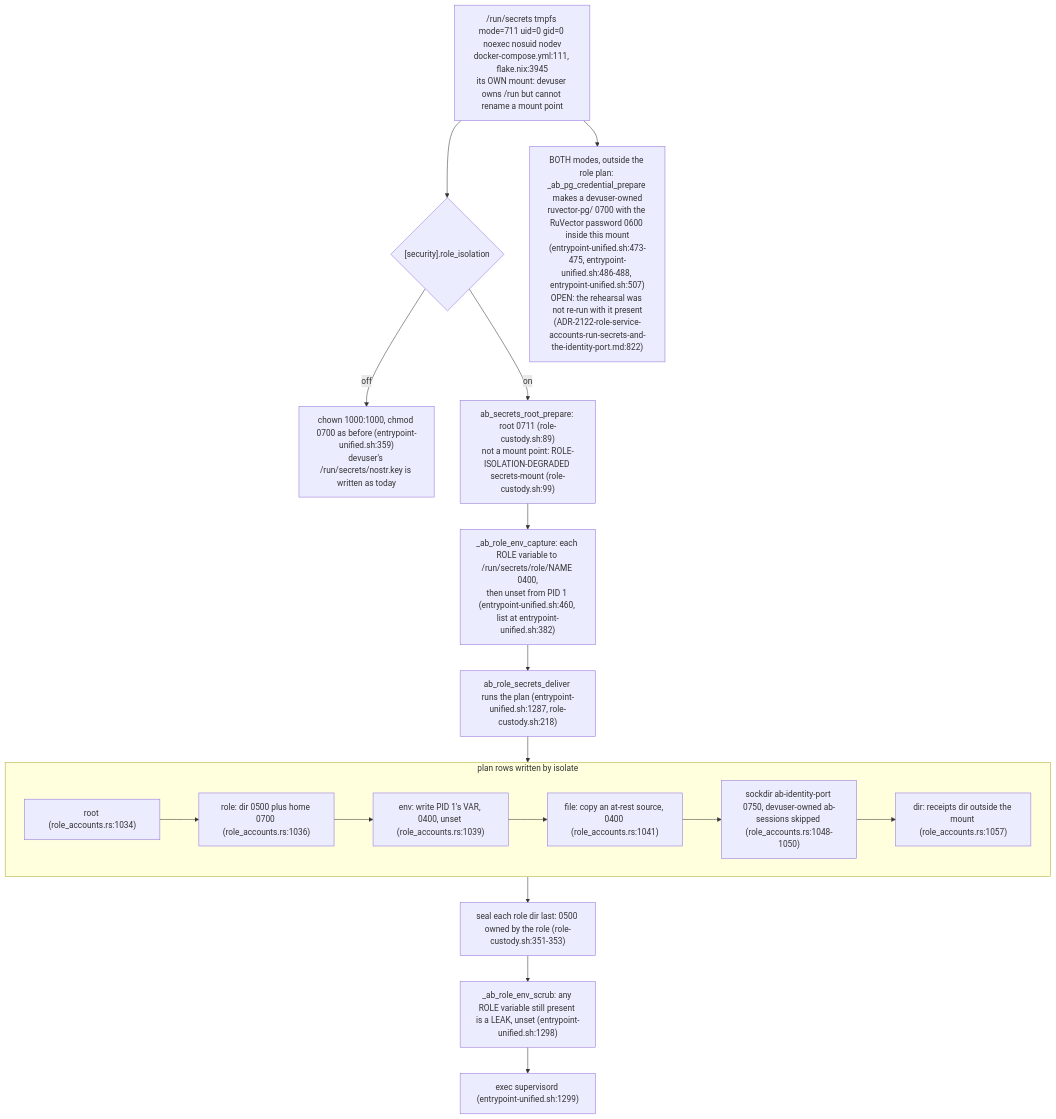
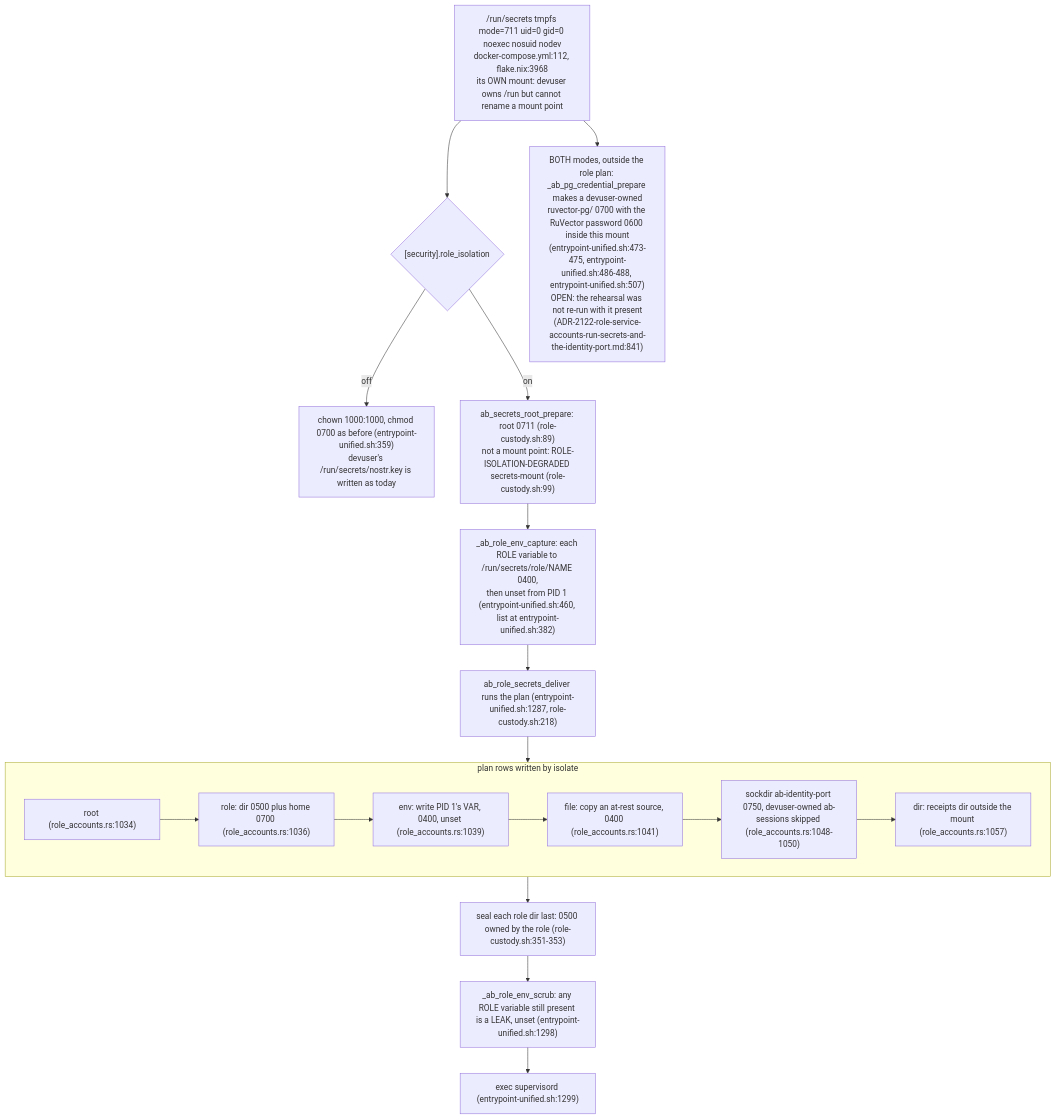
Before and after one commit to DreamLab-AI/VisionFlow: the third of 7 diagrams in docs/diagrams/agentbox/36-role-isolation-and-identity-port.md, drawn with Mermaid. The commit also changed other lines of this file and 8 other files, not shown here.

First line of the commit message:
docs(diagrams): re-verify the NIP-98 proxy topics and the custody counts at agentbox 0693c761c (VF-DIAGRAM-NIP98-DRIFT)

````diff
--- a/docs/diagrams/agentbox/36-role-isolation-and-identity-port.md
+++ b/docs/diagrams/agentbox/36-role-isolation-and-identity-port.md
@@ -126,23 +129,23 @@
 ```mermaid
 flowchart TB
-    MNT["/run/secrets tmpfs mode=711 uid=0 gid=0 noexec nosuid nodev<br/>docker-compose.yml:111, flake.nix:3945<br/>its OWN mount: devuser owns /run but cannot rename a mount point"]
+    MNT["/run/secrets tmpfs mode=711 uid=0 gid=0 noexec nosuid nodev<br/>docker-compose.yml:112, flake.nix:3968<br/>its OWN mount: devuser owns /run but cannot rename a mount point"]
     MNT --> MODE{"[security].role_isolation"}
     MODE -->|"off"| OFF["chown 1000:1000, chmod 0700 as before (entrypoint-unified.sh:359)<br/>devuser's /run/secrets/nostr.key is written as today"]
     MODE -->|"on"| PREP["ab_secrets_root_prepare: root 0711 (role-custody.sh:89)<br/>not a mount point: ROLE-ISOLATION-DEGRADED secrets-mount (role-custody.sh:99)"]
     PREP --> CAP["_ab_role_env_capture: each ROLE variable to /run/secrets/role/NAME 0400,<br/>then unset from PID 1 (entrypoint-unified.sh:460, list at entrypoint-unified.sh:382)"]
     CAP --> DEL["ab_role_secrets_deliver runs the plan (entrypoint-unified.sh:1287, role-custody.sh:218)"]
     subgraph PLAN["plan rows written by isolate"]
         P1["root (role_accounts.rs:1034)"]
         P2["role: dir 0500 plus home 0700 (role_accounts.rs:1036)"]
         P3["env: write PID 1's VAR, 0400, unset (role_accounts.rs:1039)"]
         P4["file: copy an at-rest source, 0400 (role_accounts.rs:1041)"]
         P5["sockdir ab-identity-port 0750, devuser-owned ab-sessions skipped (role_accounts.rs:1048-1050)"]
         P6["dir: receipts dir outside the mount (role_accounts.rs:1057)"]
         P1 --> P2 --> P3 --> P4 --> P5 --> P6
     end
     DEL --> PLAN
     PLAN --> SEAL["seal each role dir last: 0500 owned by the role (role-custody.sh:351-353)"]
     SEAL --> SCRUB["_ab_role_env_scrub: any ROLE variable still present is a LEAK, unset (entrypoint-unified.sh:1298)"]
     SCRUB --> X["exec supervisord (entrypoint-unified.sh:1299)"]
-    MNT --> PG["BOTH modes, outside the role plan: _ab_pg_credential_prepare makes a devuser-owned<br/>ruvector-pg/ 0700 with the RuVector password 0600 inside this mount<br/>(entrypoint-unified.sh:473-475, entrypoint-unified.sh:486-488, entrypoint-unified.sh:507)<br/>OPEN: the rehearsal was not re-run with it present<br/>(ADR-2122-role-service-accounts-run-secrets-and-the-identity-port.md:822)"]
+    MNT --> PG["BOTH modes, outside the role plan: _ab_pg_credential_prepare makes a devuser-owned<br/>ruvector-pg/ 0700 with the RuVector password 0600 inside this mount<br/>(entrypoint-unified.sh:473-475, entrypoint-unified.sh:486-488, entrypoint-unified.sh:507)<br/>OPEN: the rehearsal was not re-run with it present<br/>(ADR-2122-role-service-accounts-run-secrets-and-the-identity-port.md:841)"]
 ```
````
